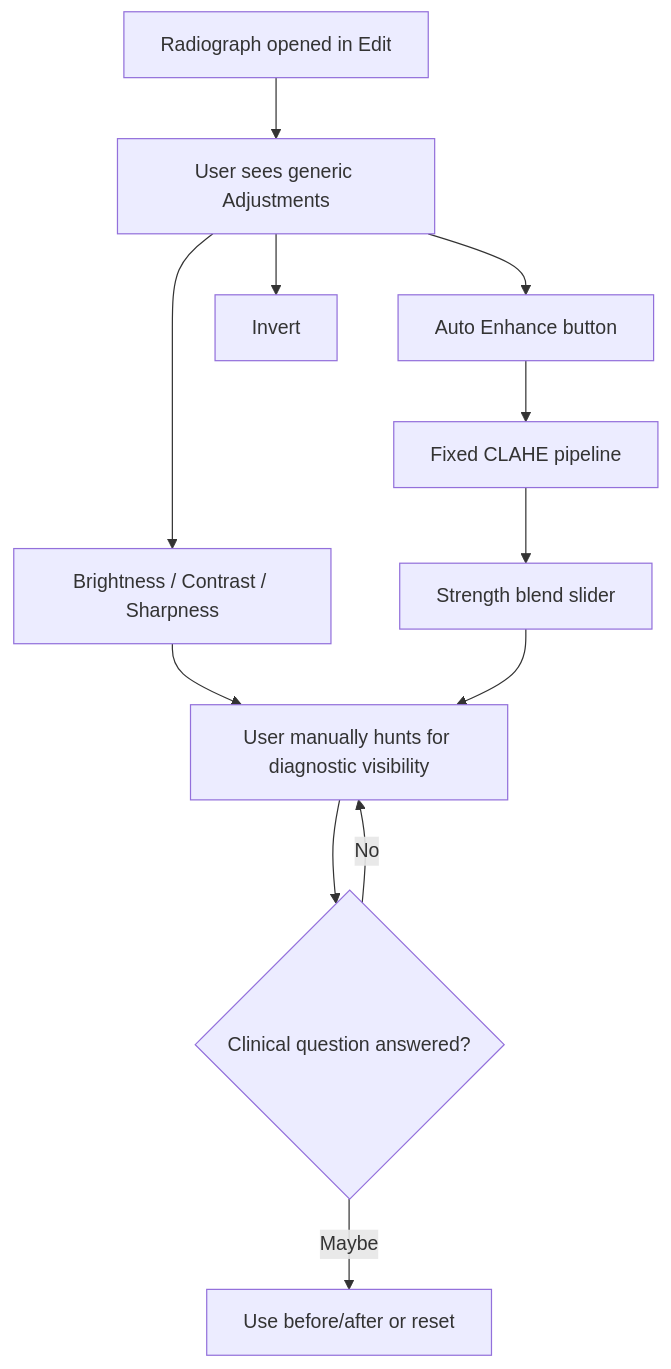
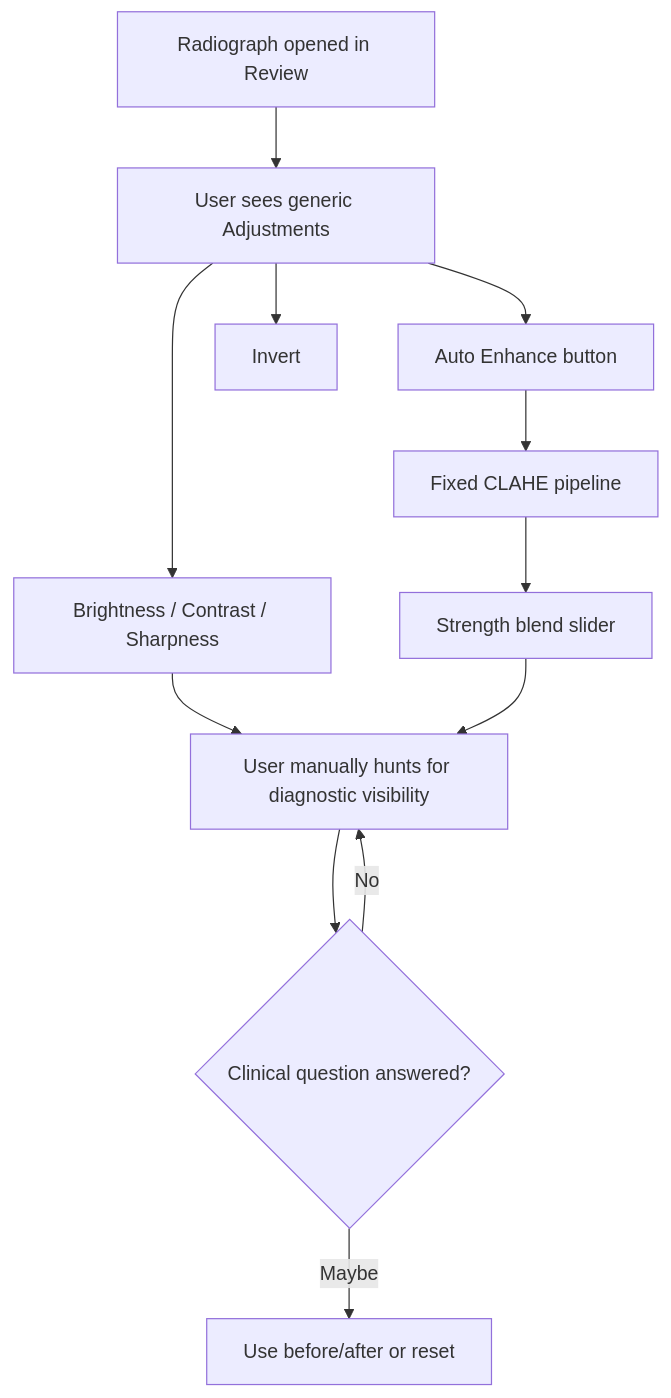
One commit to DarrinRap/CODEX-PG changed the first of 5 diagrams in CODEX PG Edit Module UX/CODEX_EDIT_MODULE_RADIOGRAPH_UX_SPEC_v1.md. Above: the diagram before and after it, drawn with Mermaid. The commit also changed other lines of this file and 9 other files, not shown here.

````diff
--- a/CODEX PG Edit Module UX/CODEX_EDIT_MODULE_RADIOGRAPH_UX_SPEC_v1.md
+++ b/CODEX PG Edit Module UX/CODEX_EDIT_MODULE_RADIOGRAPH_UX_SPEC_v1.md
@@ -60,14 +67,14 @@
 ```mermaid
 flowchart TD
-    A["Radiograph opened in Edit"] --> B["User sees generic Adjustments"]
+    A["Radiograph opened in Review"] --> B["User sees generic Adjustments"]
     B --> C["Auto Enhance button"]
     C --> D["Fixed CLAHE pipeline"]
     D --> E["Strength blend slider"]
     B --> F["Brightness / Contrast / Sharpness"]
     B --> G["Invert"]
     F --> H["User manually hunts for diagnostic visibility"]
     E --> H
     H --> I{"Clinical question answered?"}
     I -- "Maybe" --> J["Use before/after or reset"]
     I -- "No" --> H
 ```
````
